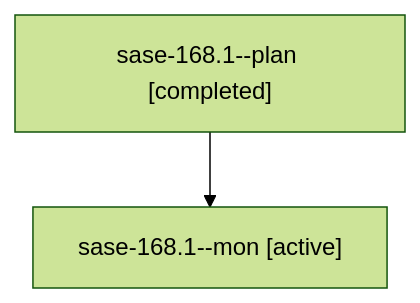
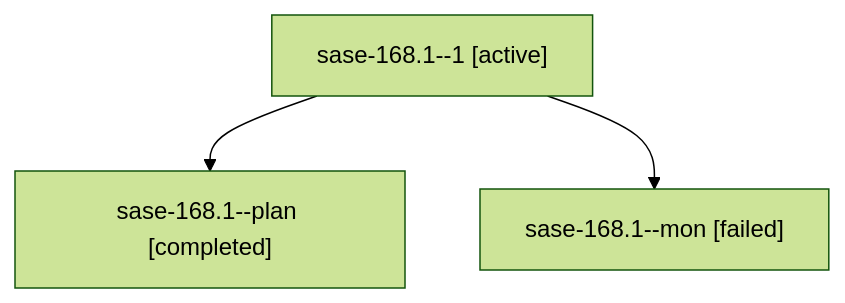
Before and after one commit to sase-org/sase--agents: the diagram in families/bbugyi200.athena.sase-168.1.md, drawn with Mermaid (forest theme). The commit also changed other lines of this file and 89 other files, not shown here.

````diff
--- a/families/bbugyi200.athena.sase-168.1.md
+++ b/families/bbugyi200.athena.sase-168.1.md
@@ -9,6 +9,8 @@
 ```mermaid
 flowchart TD
-  n0["sase-168.1--plan [completed]"]
-  n1["sase-168.1--mon [active]"]
+  n0["sase-168.1--1 [active]"]
+  n1["sase-168.1--plan [completed]"]
   n0 --> n1
+  n2["sase-168.1--mon [failed]"]
+  n0 --> n2
 ```
````
